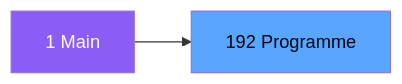
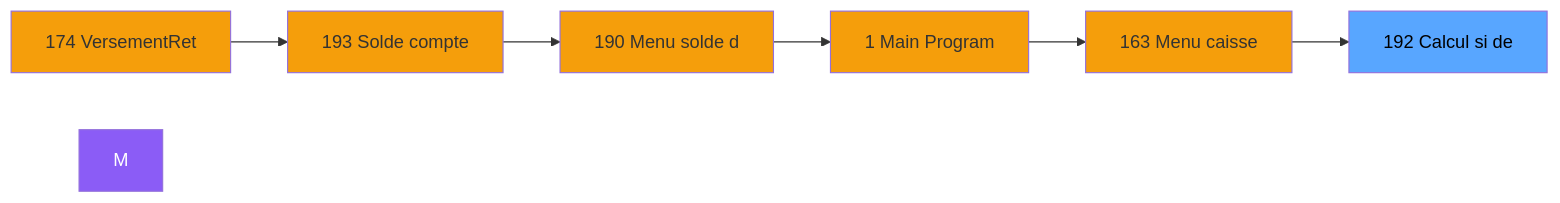
Before and after one commit to thonyAGP/magic-migration: the second of 3 diagrams in .openspec/specs/ADH-IDE-192.md, drawn with Mermaid. The commit also changed other lines of this file and 323 other files, not shown here.

````diff
--- a/.openspec/specs/ADH-IDE-192.md
+++ b/.openspec/specs/ADH-IDE-192.md
@@ -100,8 +112,21 @@
 ```mermaid
 graph LR
-    M[1 Main]
-    T[192 Programme]
-    M --> T
+    N174[174 VersementRet]
+    N193[193 Solde compte]
+    N190[190 Menu solde d]
+    N1[1 Main Program]
+    N163[163 Menu caisse ]
+    T[192 Calcul si de]
+    N174 --> N193
+    N193 --> N190
+    N190 --> N1
+    N1 --> N163
+    N163 --> T
     style M fill:#8b5cf6,color:#fff
+    style N174 fill:#f59e0b
+    style N193 fill:#f59e0b
+    style N190 fill:#f59e0b
+    style N1 fill:#f59e0b
+    style N163 fill:#f59e0b
     style T fill:#58a6ff,color:#000
 ```
````
